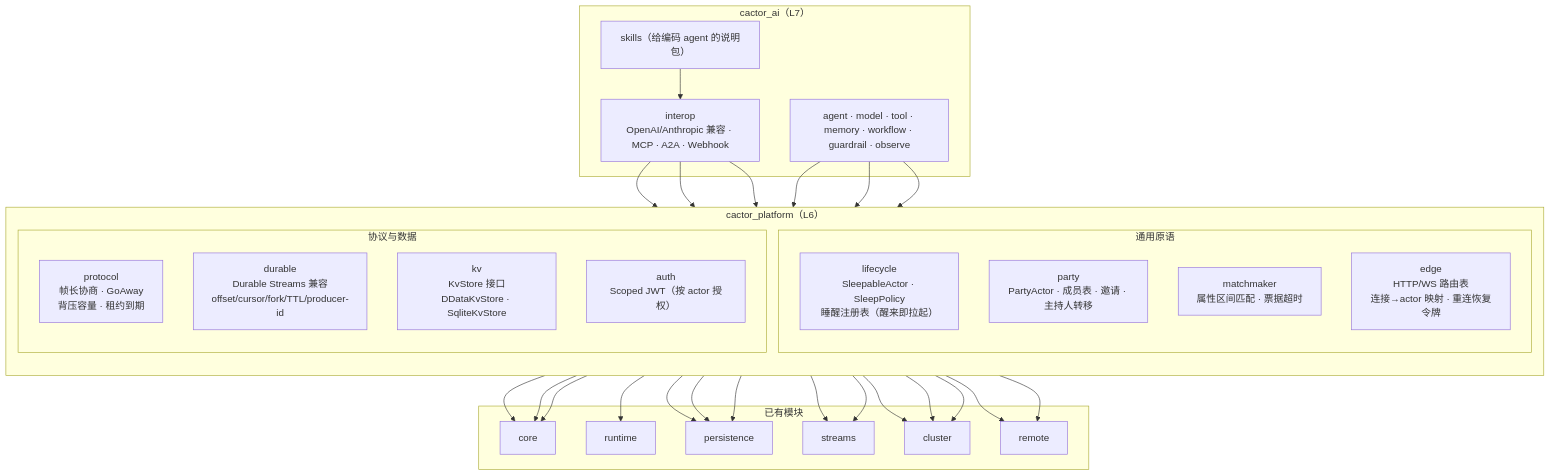
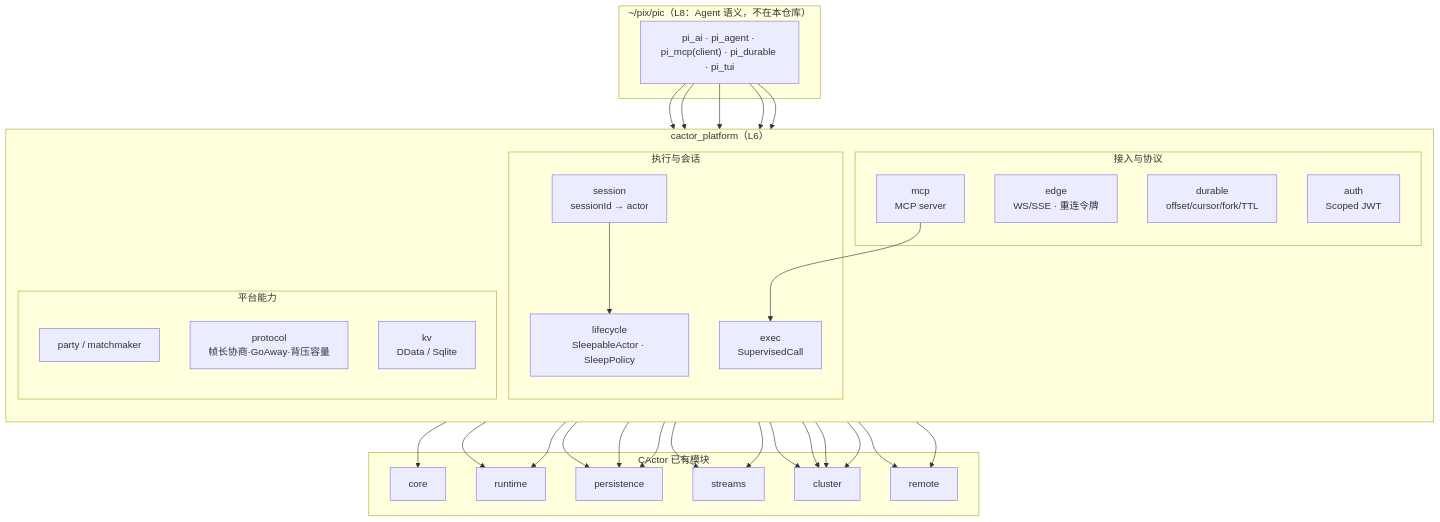
Before and after one commit to cangjielanguage-sig/cactor: the fifth of 6 diagrams in docs/plan/20261117-actor.md, drawn with Mermaid. The commit also changed other lines of this file, not shown here.

First line of the commit message:
docs: 计划 v7 —— 最终定位：CActor 只做底层运行时与原语，Agent 语义交给 ~/pix/pic

````diff
--- a/docs/plan/20261117-actor.md
+++ b/docs/plan/20261117-actor.md
@@ -1290,51 +1026,52 @@
 ```mermaid
 graph TB
     subgraph P["cactor_platform（L6）"]
         direction TB
-        subgraph P1["通用原语"]
-            life["lifecycle<br/>SleepableActor · SleepPolicy<br/>睡醒注册表（醒来即拉起）"]
-            party["party<br/>PartyActor · 成员表 · 邀请 · 主持人转移"]
-            mm["matchmaker<br/>属性区间匹配 · 票据超时"]
-            edge["edge<br/>HTTP/WS 路由表<br/>连接→actor 映射 · 重连恢复令牌"]
+        subgraph P1["执行与会话"]
+            exec["exec<br/>SupervisedCall"]
+            life["lifecycle<br/>SleepableActor · SleepPolicy"]
+            sess["session<br/>sessionId → actor"]
         end
-        subgraph P2["协议与数据"]
-            proto["protocol<br/>帧长协商 · GoAway<br/>背压容量 · 租约到期"]
-            durable["durable<br/>Durable Streams 兼容<br/>offset/cursor/fork/TTL/producer-id"]
-            kv["kv<br/>KvStore 接口<br/>DDataKvStore · SqliteKvStore"]
-            auth["auth<br/>Scoped JWT（按 actor 授权）"]
+        subgraph P2["接入与协议"]
+            edge["edge<br/>WS/SSE · 重连令牌"]
+            durable["durable<br/>offset/cursor/fork/TTL"]
+            mcp["mcp<br/>MCP server"]
+            auth["auth<br/>Scoped JWT"]
+        end
+        subgraph P3["平台能力"]
+            party["party / matchmaker"]
+            proto["protocol<br/>帧长协商·GoAway·背压容量"]
+            kv["kv<br/>DData / Sqlite"]
         end
     end
 
-    subgraph A["cactor_ai（L7）"]
-        interop["interop<br/>OpenAI/Anthropic 兼容 · MCP · A2A · Webhook"]
-        agent["agent · model · tool · memory · workflow · guardrail · observe"]
-        skills["skills（给编码 agent 的说明包）"]
+    subgraph AI["~/pix/pic（L8：Agent 语义，不在本仓库）"]
+        pic["pi_ai · pi_agent · pi_mcp(client) · pi_durable · pi_tui"]
     end
 
-    subgraph BASE["已有模块"]
+    subgraph BASE["CActor 已有模块"]
         core["core"]; rt["runtime"]; per["persistence"]; st["streams"]; cl["cluster"]; rem["remote"]
     end
 
+    pic --> exec
+    pic --> life
+    pic --> sess
+    pic --> mcp
+    pic --> durable
+    exec --> core
+    exec --> rt
     life --> per
     life --> rt
-    party --> cl
-    party --> core
-    mm --> core
+    sess --> cl
+    sess --> life
     edge --> cl
     edge --> st
-    proto --> rem
     durable --> per
     durable --> st
+    mcp --> exec
+    auth --> rem
+    party --> cl
+    proto --> rem
     kv --> cl
     kv --> per
-    auth --> rem
-    auth --> core
-
-    interop --> edge
-    interop --> party
-    interop --> durable
-    agent --> life
-    agent --> kv
-    agent --> auth
-    skills --> interop
 ```
````
